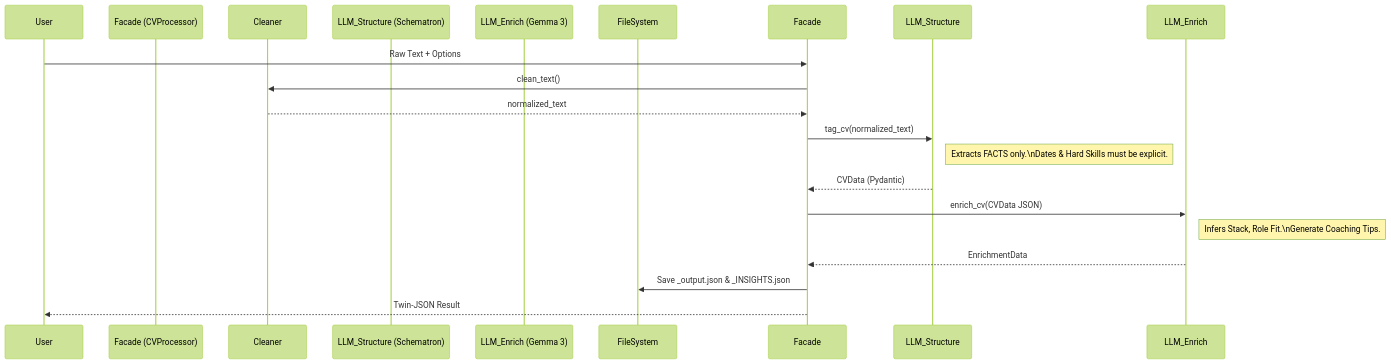
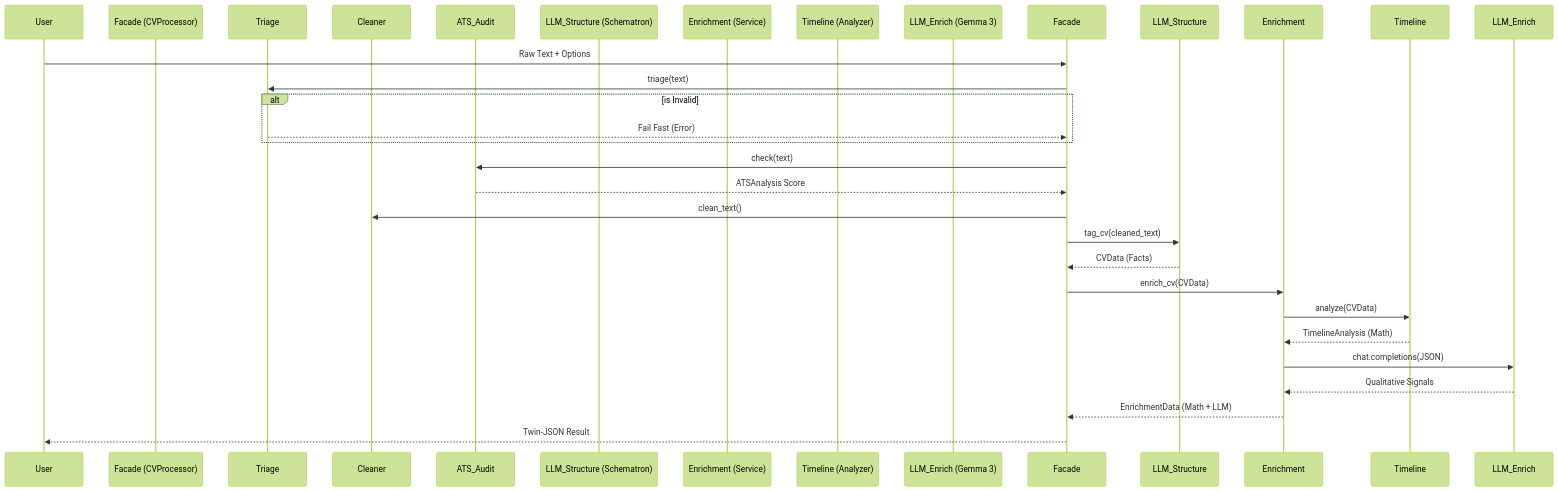
Before and after one commit to ssolis-ti/CV-Manaiger: the diagram in docs/ARCHITECTURE.md, drawn with Mermaid (forest theme). The commit also changed other lines of this file and 15 other files, not shown here.

First line of the commit message:
feat(phase6): add Triage, ATS Checker, and Timeline Enrichment v2

````diff
--- a/docs/ARCHITECTURE.md
+++ b/docs/ARCHITECTURE.md
@@ -65,25 +74,36 @@
 ```mermaid
 sequenceDiagram
     participant User
     participant Facade (CVProcessor)
+    participant Triage
     participant Cleaner
+    participant ATS_Audit
     participant LLM_Structure (Schematron)
+    participant Enrichment (Service)
+    participant Timeline (Analyzer)
     participant LLM_Enrich (Gemma 3)
-    participant FileSystem
 
     User->>Facade: Raw Text + Options
+    
+    Facade->>Triage: triage(text)
+    alt is Invalid
+        Triage-->>Facade: Fail Fast (Error)
+    end
+    
+    Facade->>ATS_Audit: check(text)
+    ATS_Audit-->>Facade: ATSAnalysis Score
+    
     Facade->>Cleaner: clean_text()
-    Cleaner-->>Facade: normalized_text
-    Facade->>LLM_Structure: tag_cv(normalized_text)
+    Facade->>LLM_Structure: tag_cv(cleaned_text)
+    LLM_Structure-->>Facade: CVData (Facts)
     
-    note right of LLM_Structure: Extracts FACTS only.\nDates & Hard Skills must be explicit.
+    Facade->>Enrichment: enrich_cv(CVData)
+    Enrichment->>Timeline: analyze(CVData)
+    Timeline-->>Enrichment: TimelineAnalysis (Math)
     
-    LLM_Structure-->>Facade: CVData (Pydantic)
-    Facade->>LLM_Enrich: enrich_cv(CVData JSON)
+    Enrichment->>LLM_Enrich: chat.completions(JSON)
+    LLM_Enrich-->>Enrichment: Qualitative Signals
+    Enrichment-->>Facade: EnrichmentData (Math + LLM)
     
-    note right of LLM_Enrich: Infers Stack, Role Fit.\nGenerate Coaching Tips.
-    
-    LLM_Enrich-->>Facade: EnrichmentData
-    Facade->>FileSystem: Save _output.json & _INSIGHTS.json
     Facade-->>User: Twin-JSON Result
 ```
````
